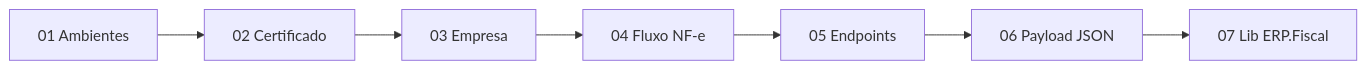
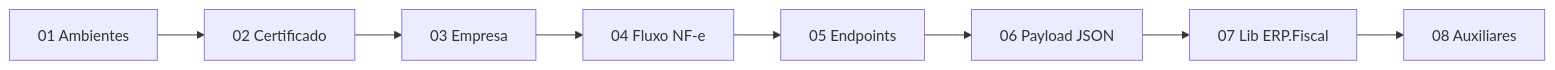
One commit to jpolvora/ERP.Fiscal changed the diagram in docs/README.md. Above: the diagram before and after it, drawn with Mermaid. The commit also changed other lines of this file and 14 other files, not shown here.

````diff
--- a/docs/README.md
+++ b/docs/README.md
@@ -26,9 +29,10 @@
 ```mermaid
 flowchart LR
   A[01 Ambientes] --> B[02 Certificado]
   B --> C[03 Empresa]
   C --> D[04 Fluxo NF-e]
   D --> E[05 Endpoints]
   E --> F[06 Payload JSON]
   F --> G[07 Lib ERP.Fiscal]
+  G --> H[08 Auxiliares]
 ```
````
